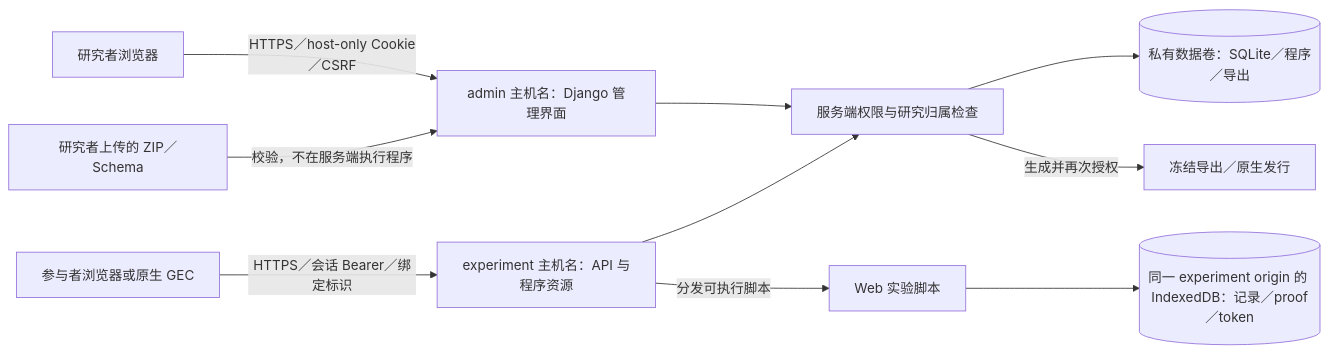
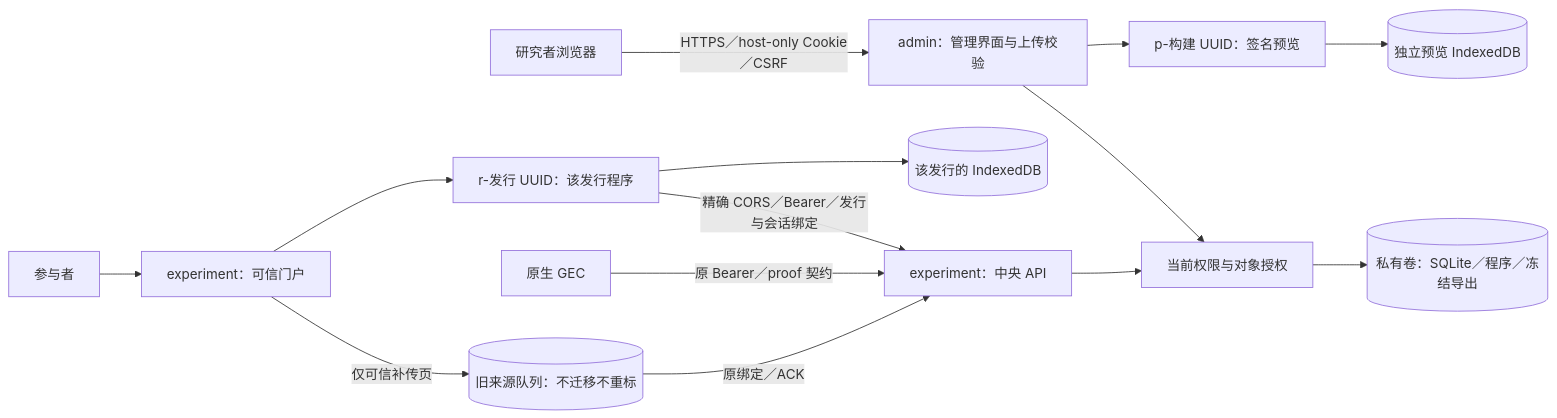
One commit to GuGuGu-coocoo/gugugulab-experiment-platform changed the diagram in docs/SECURITY_AUDIT.md. Above: the diagram before and after it, drawn with Mermaid. The commit also changed other lines of this file, not shown here.

Commit message:
audit: record confirmed sibling-domain cookie account substitution before fix

````diff
--- a/docs/SECURITY_AUDIT.md
+++ b/docs/SECURITY_AUDIT.md
@@ -59,12 +60,16 @@
 ```mermaid
 flowchart LR
-  R[研究者浏览器] -->|HTTPS／host-only Cookie／CSRF| A[admin 主机名：Django 管理界面]
-  P[参与者浏览器或原生 GEC] -->|HTTPS／会话 Bearer／绑定标识| E[experiment 主机名：API 与程序资源]
-  U[研究者上传的 ZIP／Schema] -->|校验，不在服务端执行程序| A
-  A --> G[服务端权限与研究归属检查]
+  R[研究者浏览器] -->|HTTPS／host-only Cookie／CSRF| A[admin：管理界面与上传校验]
+  P[参与者] --> T[experiment：可信门户]
+  T --> W[r-发行 UUID：该发行程序]
+  A --> V[p-构建 UUID：签名预览]
+  W --> L[(该发行的 IndexedDB)]
+  V --> Q[(独立预览 IndexedDB)]
+  W -->|精确 CORS／Bearer／发行与会话绑定| E[experiment：中央 API]
+  N[原生 GEC] -->|原 Bearer／proof 契约| E
+  T -->|仅可信补传页| O[(旧来源队列：不迁移不重标)]
+  O -->|原绑定／ACK| E
+  A --> G[当前权限与对象授权]
   E --> G
-  G --> D[(私有数据卷：SQLite／程序／导出)]
-  E -->|分发可执行脚本| W[Web 实验脚本]
-  W --> L[(同一 experiment origin 的 IndexedDB：记录／proof／token)]
-  G -->|生成并再次授权| X[冻结导出／原生发行]
+  G --> D[(私有卷：SQLite／程序／冻结导出)]
 ```
````
